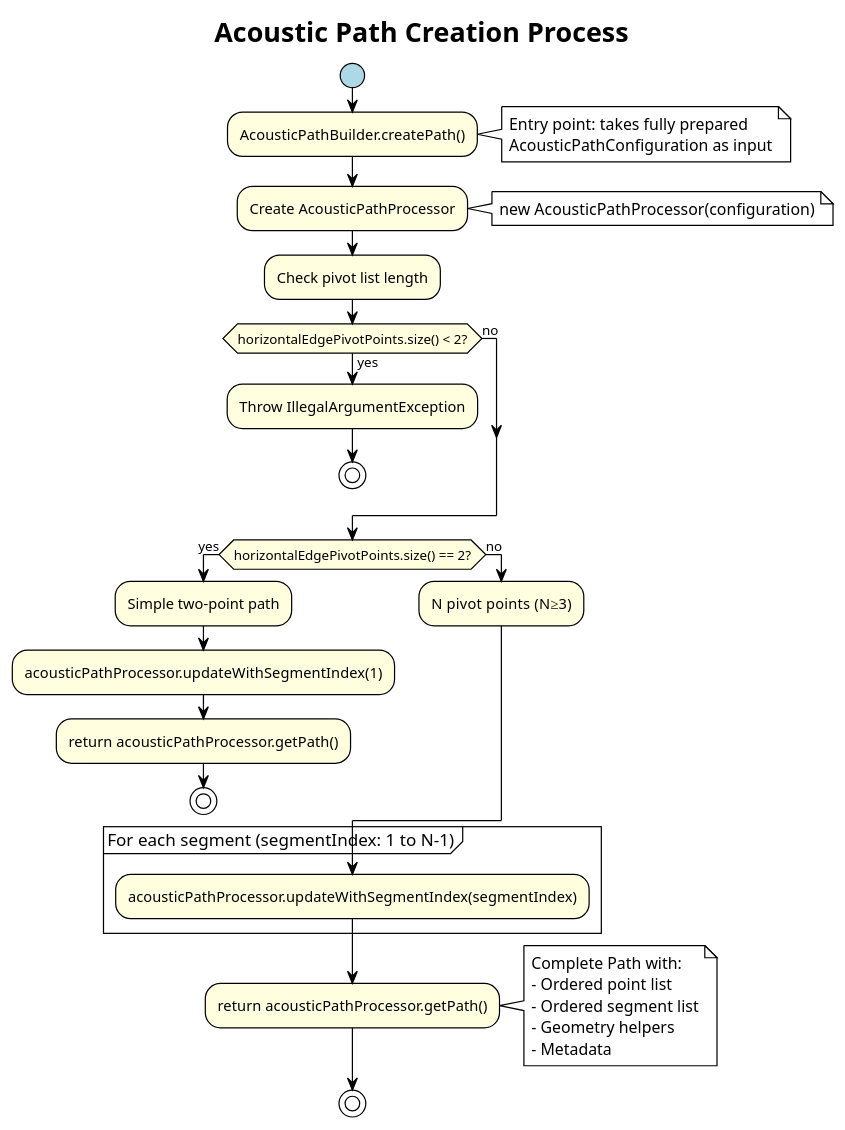
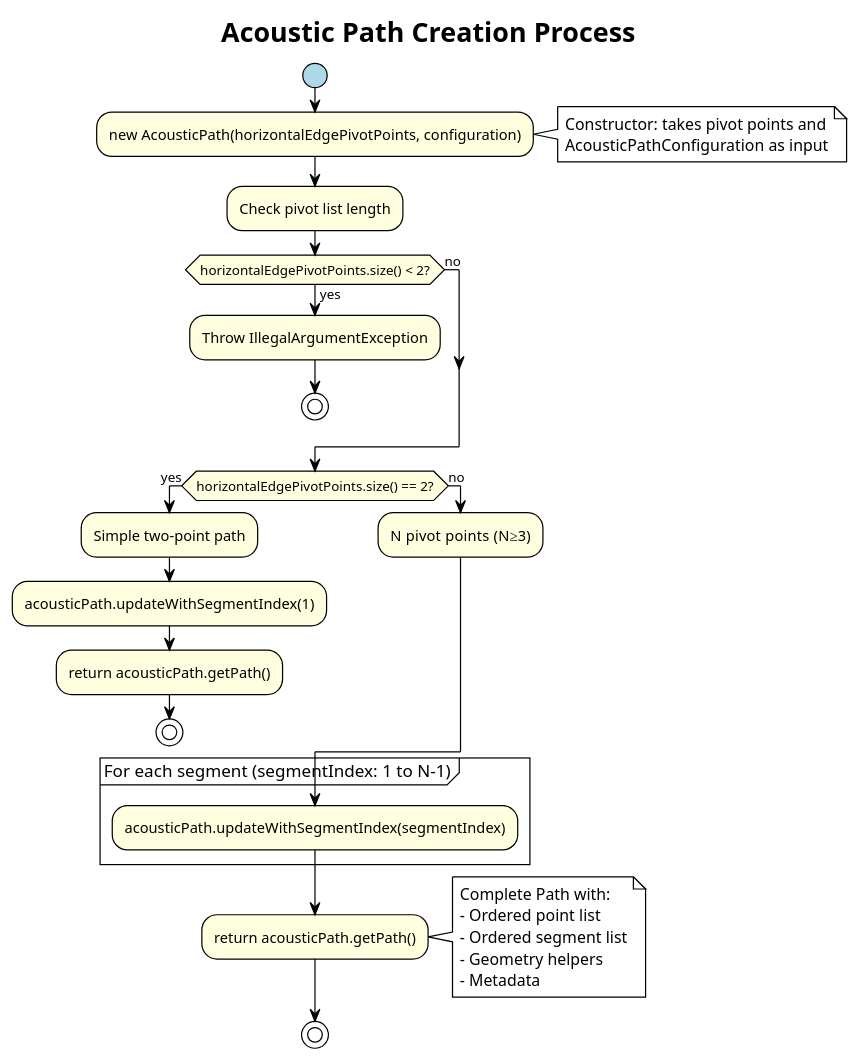
The ninth of 12 diagrams in Docs-dev/propagation_algorithms.md (jtagusari/NoiseModelling), drawn with PlantUML before and after one commit. The commit also changed other lines of this file and 12 other files, not shown here.

````diff
--- a/Docs-dev/propagation_algorithms.md
+++ b/Docs-dev/propagation_algorithms.md
@@ -496,58 +496,53 @@
 ```plantuml
 @startuml
 !theme plain
 skinparam backgroundColor White
 skinparam packageStyle rectangle
 skinparam activityStartColor #lightblue
 skinparam activityEndColor #lightcoral
 skinparam activityBackgroundColor #lightyellow
 skinparam activityBorderColor #black
 
 title Acoustic Path Creation Process
 
 start
 
-:AcousticPathBuilder.createPath();
+:new AcousticPath(horizontalEdgePivotPoints, configuration);
 note right
-  Entry point: takes fully prepared
+  Constructor: takes pivot points and
   AcousticPathConfiguration as input
-end note
-
-:Create AcousticPathProcessor;
-note right
-  new AcousticPathProcessor(configuration)
 end note
 
 :Check pivot list length;
 if (horizontalEdgePivotPoints.size() < 2?) then (yes)
   :Throw IllegalArgumentException;
   stop
 else (no)
 endif
 
 if (horizontalEdgePivotPoints.size() == 2?) then (yes)
   :Simple two-point path;
-  :acousticPathProcessor.updateWithSegmentIndex(1);
-  :return acousticPathProcessor.getPath();
+  :acousticPath.updateWithSegmentIndex(1);
+  :return acousticPath.getPath();
   stop
 else (no)
   :N pivot points (N≥3);
 endif
 
 partition "For each segment (segmentIndex: 1 to N-1)" {
-  :acousticPathProcessor.updateWithSegmentIndex(segmentIndex);
+  :acousticPath.updateWithSegmentIndex(segmentIndex);
 }
 
-:return acousticPathProcessor.getPath();
+:return acousticPath.getPath();
 note right
   Complete Path with:
   - Ordered point list
   - Ordered segment list
   - Geometry helpers
   - Metadata
 end note
 
 stop
 
 @enduml
 ```
````
